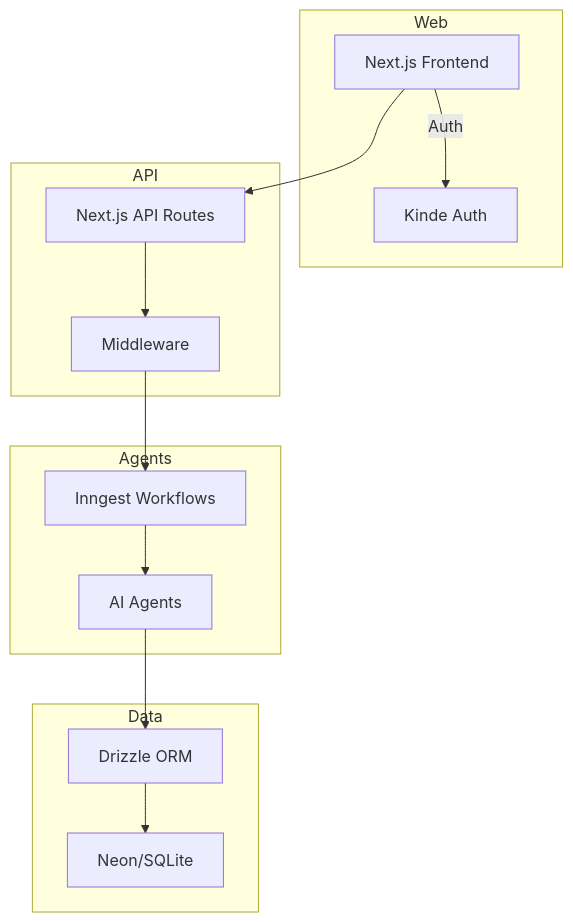
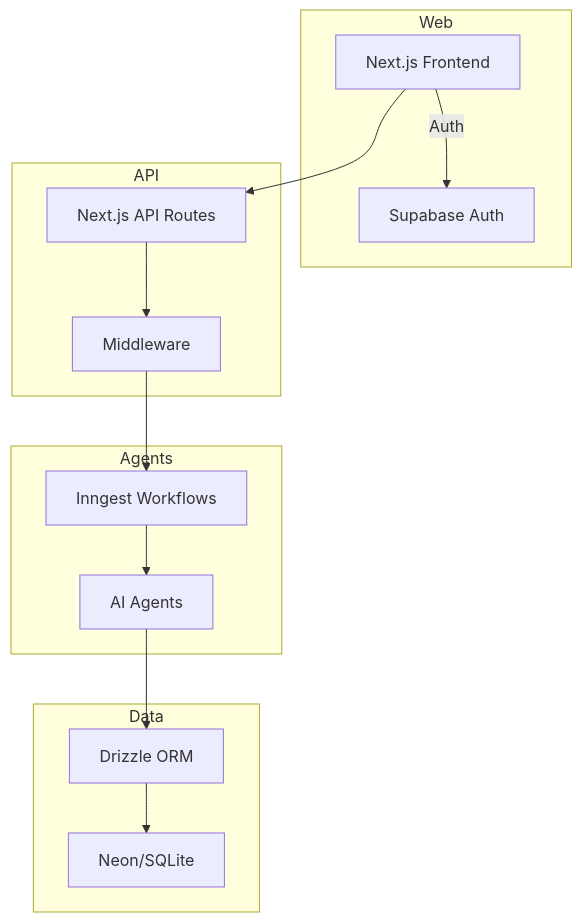
One commit to RyanLisse/mexc-sniper-bot changed the diagram in docs/architecture/ARCHITECTURE_REVIEW.md. Above: the diagram before and after it, drawn with Mermaid. The commit also changed other lines of this file and 8 other files, not shown here.

````diff
--- a/docs/architecture/ARCHITECTURE_REVIEW.md
+++ b/docs/architecture/ARCHITECTURE_REVIEW.md
@@ -7,26 +7,26 @@
 ```mermaid
 graph TD
   subgraph Web
     A[Next.js Frontend]
-    B[Kinde Auth]
+    B[Supabase Auth]
   end
   subgraph API
     C[Next.js API Routes]
     D[Middleware]
   end
   subgraph Agents
     E[AI Agents]
     F[Inngest Workflows]
   end
   subgraph Data
     G[Drizzle ORM]
     H[Neon/SQLite]
   end
   A -->|Auth| B
   A --> C
   C --> D
   D --> F
   F --> E
   E --> G
   G --> H
 ```
````
